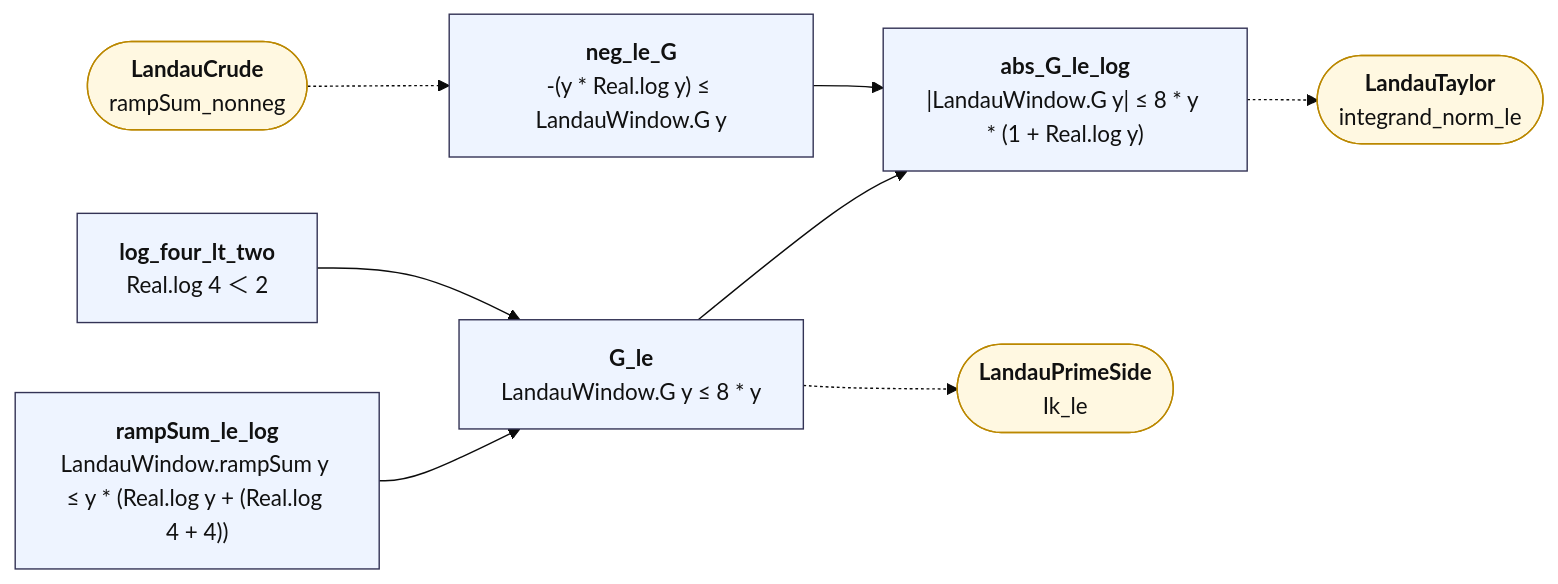
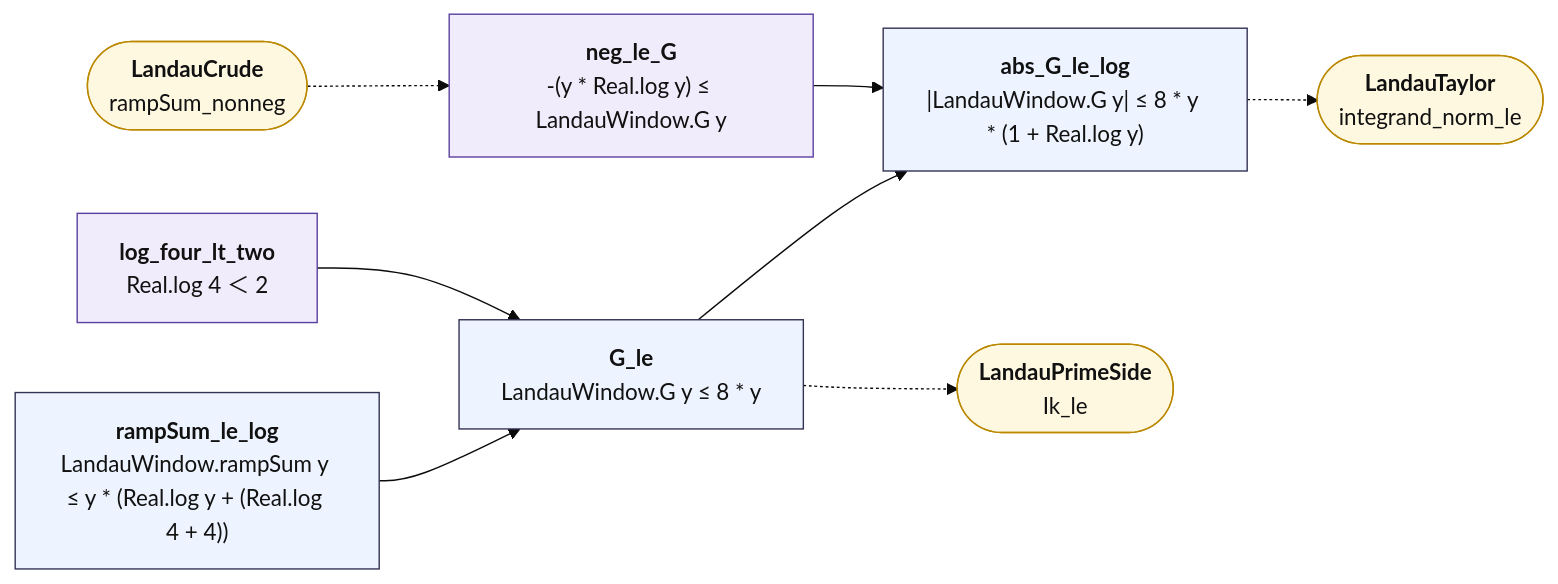
The diagram in map/lean_stage3/LandauChebyshev.md (juliansambranojr/Primebeat_081426), drawn with Mermaid (base theme) before and after one commit. The commit also changed other lines of this file and 398 other files, not shown here.

````diff
--- a/map/lean_stage3/LandauChebyshev.md
+++ b/map/lean_stage3/LandauChebyshev.md
@@ -12,23 +12,26 @@
 ```mermaid
 flowchart LR
   n0["<b>rampSum_le_log</b><br/>LandauWindow.rampSum y ≤ y * (Real.log y + (Real.log 4 + 4))"]:::thm
-  n1["<b>log_four_lt_two</b><br/>Real.log 4 ＜ 2"]:::thm
+  n1["<b>log_four_lt_two</b><br/>Real.log 4 ＜ 2"]:::shp
   n2["<b>G_le</b><br/>LandauWindow.G y ≤ 8 * y"]:::thm
-  n3["<b>neg_le_G</b><br/>-(y * Real.log y) ≤ LandauWindow.G y"]:::thm
+  n3["<b>neg_le_G</b><br/>-(y * Real.log y) ≤ LandauWindow.G y"]:::shp
   n4["<b>abs_G_le_log</b><br/>|LandauWindow.G y| ≤ 8 * y * (1 + Real.log y)"]:::thm
   x0(["<b>LandauPrimeSide</b><br/>Ik_le"]):::ext
   x1(["<b>LandauCrude</b><br/>rampSum_nonneg"]):::ext
   x2(["<b>LandauTaylor</b><br/>integrand_norm_le"]):::ext
   n0 --> n2
   n1 --> n2
   n2 --> n4
   n3 --> n4
   n2 -.-> x0
   n4 -.-> x2
   x1 -.-> n3
+  classDef cnt fill:#dff5ec,stroke:#17694a,color:#111
+  classDef shp fill:#f1ecfb,stroke:#5b3fa0,color:#111
+  classDef rh fill:#ffe5e5,stroke:#c22,color:#111,stroke-width:2px
   classDef thm fill:#eef4ff,stroke:#335,color:#111
   classDef end_ fill:#e7f7e7,stroke:#2a7,color:#111,stroke-width:2px
   classDef lone fill:#fff,stroke:#999,color:#111,stroke-dasharray:4 3
   classDef bad fill:#ffe5e5,stroke:#c22,color:#111,stroke-width:2px
   classDef ext fill:#fff8e1,stroke:#b80,color:#111
 ```
````
